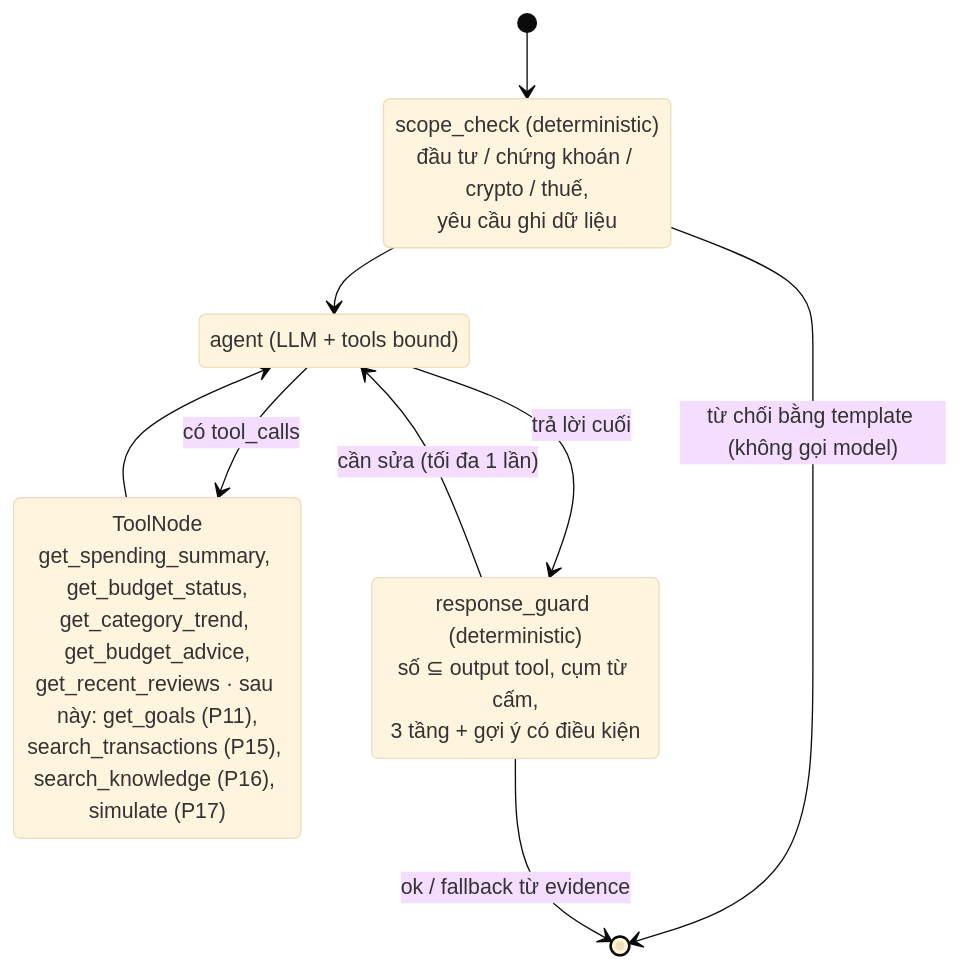
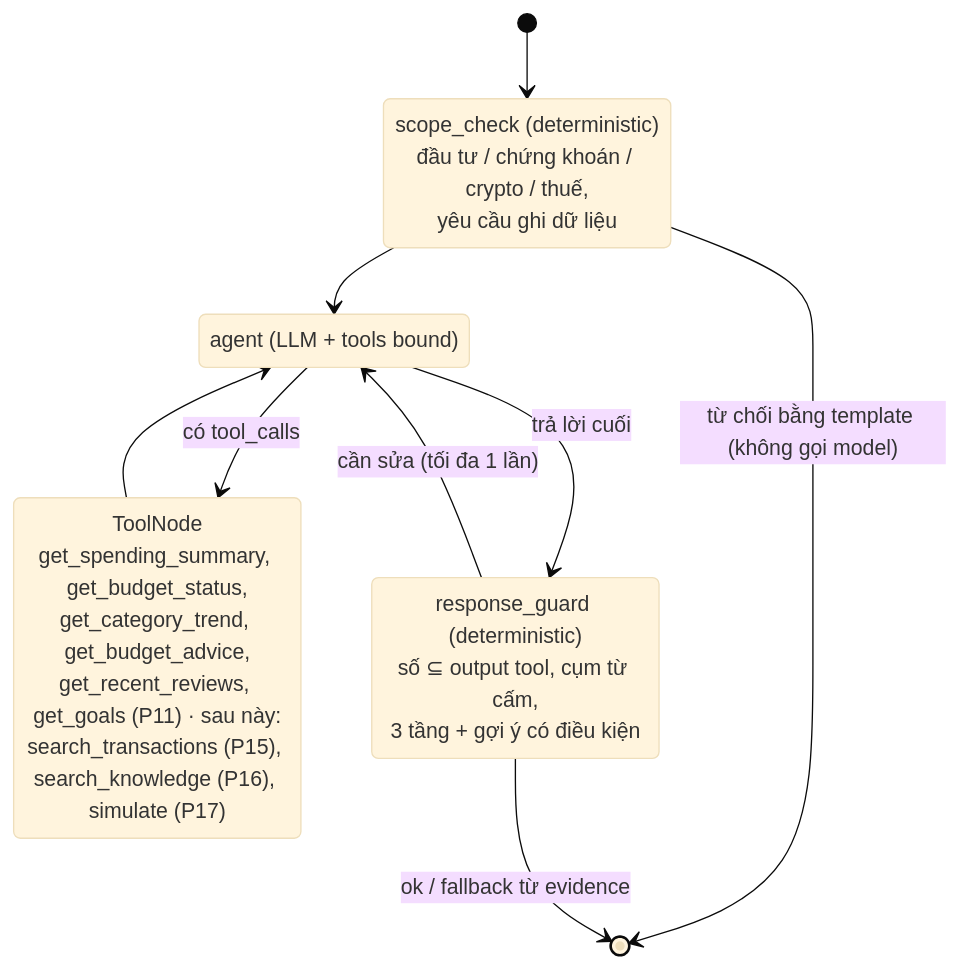
Before and after one commit to dangbh96/AI-personal-finance-assistant: the second of 3 diagrams in docs/architecture/ai-architecture.md, drawn with Mermaid (base theme). The commit also changed other lines of this file and 47 other files, not shown here.

````diff
--- a/docs/architecture/ai-architecture.md
+++ b/docs/architecture/ai-architecture.md
@@ -108,15 +108,15 @@
 ```mermaid
 stateDiagram-v2
     [*] --> scope_check
     scope_check: scope_check (deterministic)<br/>đầu tư / chứng khoán / crypto / thuế,<br/>yêu cầu ghi dữ liệu
     scope_check --> [*]: từ chối bằng template (không gọi model)
     scope_check --> agent
     agent: agent (LLM + tools bound)
     agent --> tools: có tool_calls
-    tools: ToolNode<br/>get_spending_summary, get_budget_status,<br/>get_category_trend, get_budget_advice,<br/>get_recent_reviews · sau này: get_goals (P11),<br/>search_transactions (P15), search_knowledge (P16), simulate (P17)
+    tools: ToolNode<br/>get_spending_summary, get_budget_status,<br/>get_category_trend, get_budget_advice,<br/>get_recent_reviews, get_goals (P11) · sau này:<br/>search_transactions (P15), search_knowledge (P16), simulate (P17)
     tools --> agent
     agent --> guard: trả lời cuối
     guard: response_guard (deterministic)<br/>số ⊆ output tool, cụm từ cấm,<br/>3 tầng + gợi ý có điều kiện
     guard --> agent: cần sửa (tối đa 1 lần)
     guard --> [*]: ok / fallback từ evidence
 ```
````
